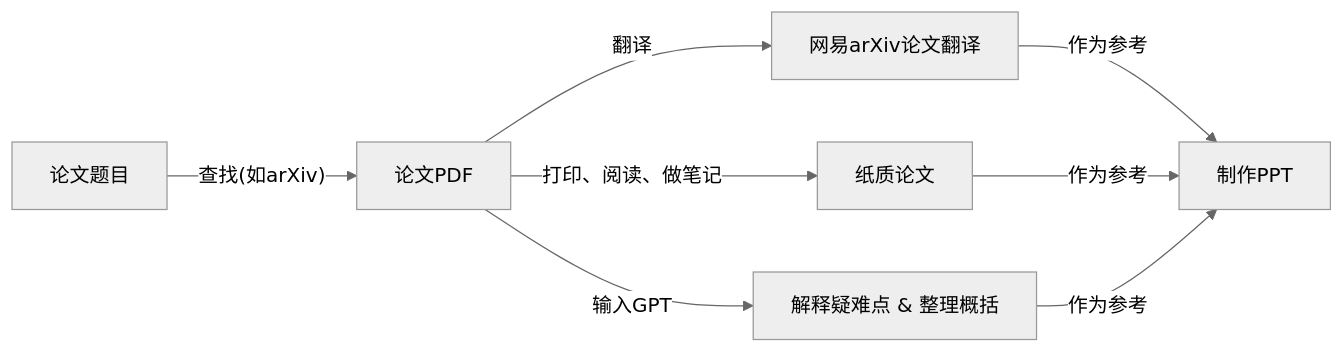
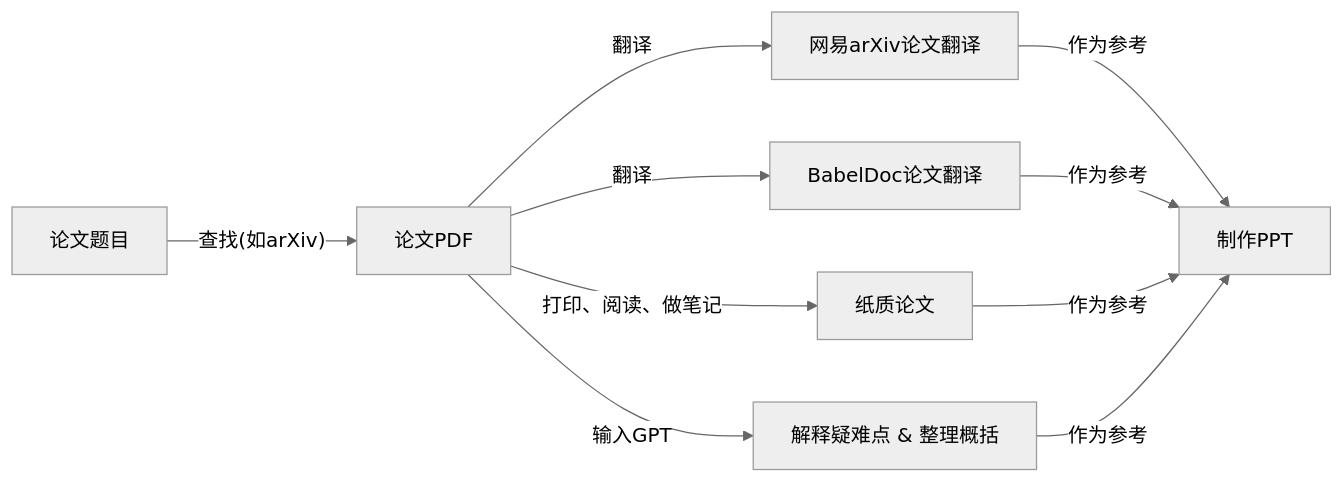
One commit to XuebaStudy/notebook changed the diagram in docs/Research/paper_tips.md. Above: the diagram before and after it, drawn with Mermaid (neutral theme). The commit also changed 2 other files, not shown here.

Commit message:
Date 2025.4.14

````diff
--- a/docs/Research/paper_tips.md
+++ b/docs/Research/paper_tips.md
@@ -6,12 +6,15 @@
 ```mermaid
 graph LR
     A[论文题目] -- 查找(如arXiv) --> B[论文PDF]
     B -- 翻译 --> C[网易arXiv论文翻译]
+    B -- 翻译 --> C2[BabelDoc论文翻译]
     B -- 打印、阅读、做笔记 --> D[纸质论文]
     B -- 输入GPT --> E[解释疑难点 & 整理概括]
     C -- 作为参考 --> F[制作PPT]
+    C2 -- 作为参考 --> F[制作PPT]
     D -- 作为参考 --> F[制作PPT]
     E -- 作为参考 --> F[制作PPT]
 
     click C "https://fanyi.youdao.com/trans/#/home" _blank
+    click C2 "https://app.immersivetranslate.com/babel-doc/" _blank
 ```
````
